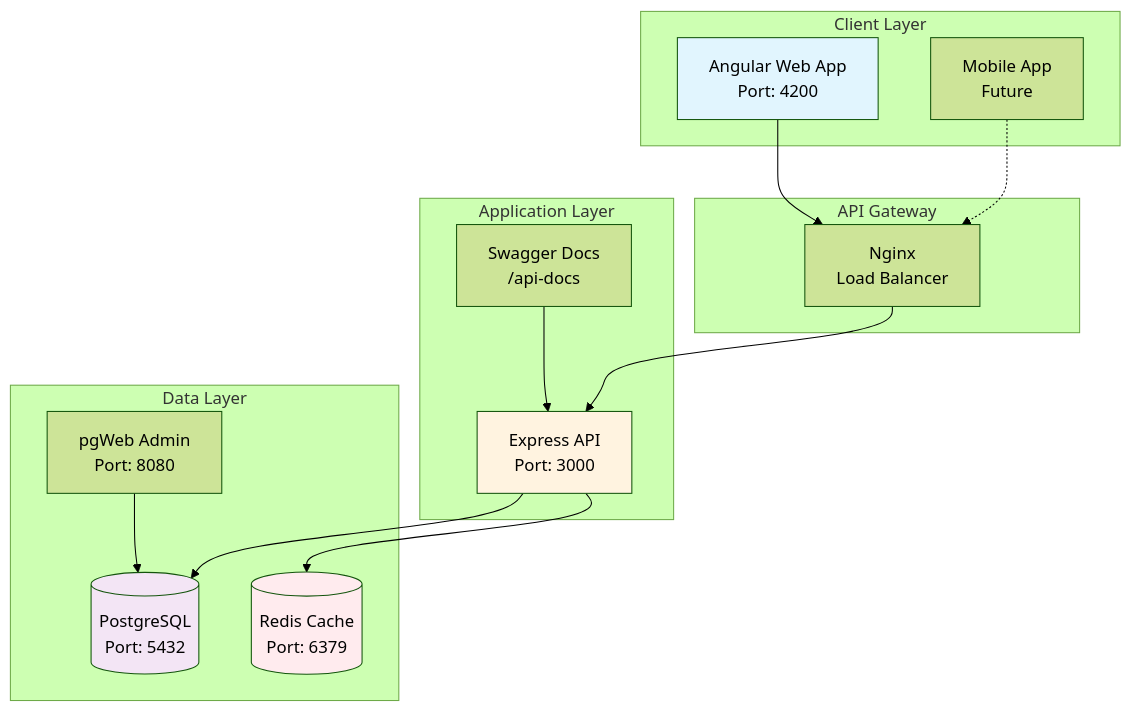
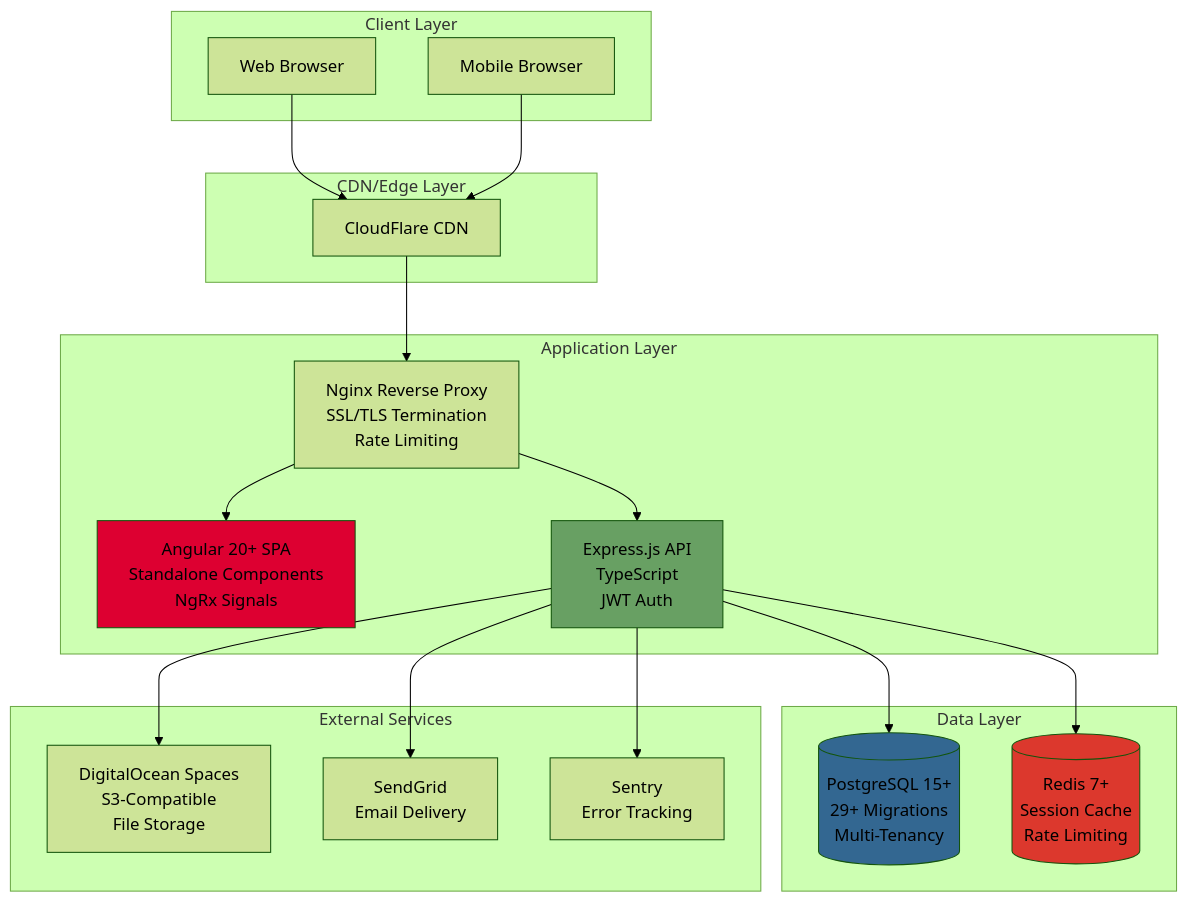
The second of 9 diagrams in CODEBASE_ANALYSIS.md (ValonHajredini/NodeAngularFullStack), drawn with Mermaid (forest theme) before and after one commit. The commit also changed other lines of this file and 50 other files, not shown here.

````diff
--- a/CODEBASE_ANALYSIS.md
+++ b/CODEBASE_ANALYSIS.md
@@ -27,35 +101,44 @@
 ```mermaid
 graph TB
     subgraph "Client Layer"
-        WEB[Angular Web App<br/>Port: 4200]
-        MOBILE[Mobile App<br/>Future]
+        Browser[Web Browser]
+        Mobile[Mobile Browser]
     end
 
-    subgraph "API Gateway"
-        NGINX[Nginx<br/>Load Balancer]
+    subgraph "CDN/Edge Layer"
+        CDN[CloudFlare CDN]
     end
 
     subgraph "Application Layer"
-        API[Express API<br/>Port: 3000]
-        SWAGGER[Swagger Docs<br/>/api-docs]
+        Angular[Angular 20+ SPA<br/>Standalone Components<br/>NgRx Signals]
+        Nginx[Nginx Reverse Proxy<br/>SSL/TLS Termination<br/>Rate Limiting]
+        Express[Express.js API<br/>TypeScript<br/>JWT Auth]
     end
 
     subgraph "Data Layer"
-        PG[(PostgreSQL<br/>Port: 5432)]
-        REDIS[(Redis Cache<br/>Port: 6379)]
-        PGWEB[pgWeb Admin<br/>Port: 8080]
+        Postgres[(PostgreSQL 15+<br/>29+ Migrations<br/>Multi-Tenancy)]
+        Redis[(Redis 7+<br/>Session Cache<br/>Rate Limiting)]
     end
 
-    WEB --> NGINX
-    MOBILE -.-> NGINX
-    NGINX --> API
-    API --> PG
-    API --> REDIS
-    SWAGGER --> API
-    PGWEB --> PG
+    subgraph "External Services"
+        DO_Spaces[DigitalOcean Spaces<br/>S3-Compatible<br/>File Storage]
+        SendGrid[SendGrid<br/>Email Delivery]
+        Sentry[Sentry<br/>Error Tracking]
+    end
 
-    style WEB fill:#e1f5fe
-    style API fill:#fff3e0
-    style PG fill:#f3e5f5
-    style REDIS fill:#ffebee
+    Browser --> CDN
+    Mobile --> CDN
+    CDN --> Nginx
+    Nginx --> Angular
+    Nginx --> Express
+    Express --> Postgres
+    Express --> Redis
+    Express --> DO_Spaces
+    Express --> SendGrid
+    Express --> Sentry
+
+    style Angular fill:#DD0031
+    style Express fill:#68A063
+    style Postgres fill:#336791
+    style Redis fill:#DC382D
 ```
````
